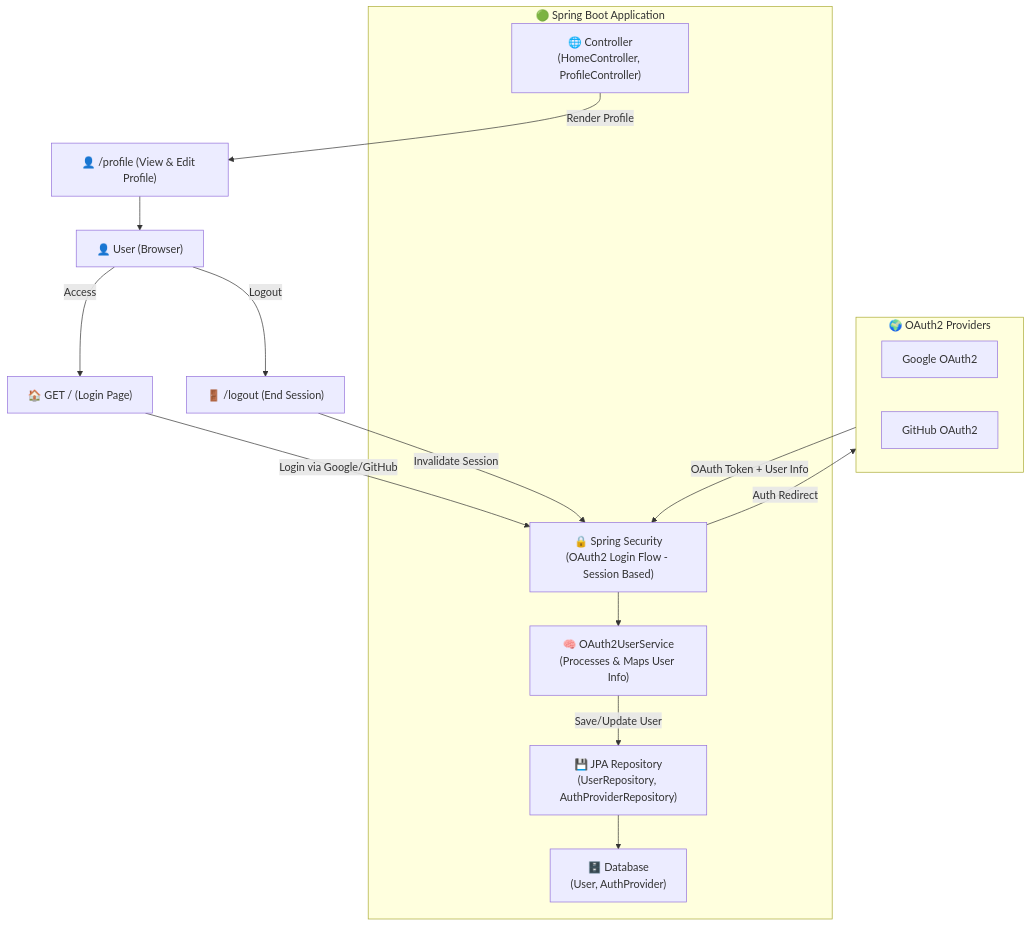
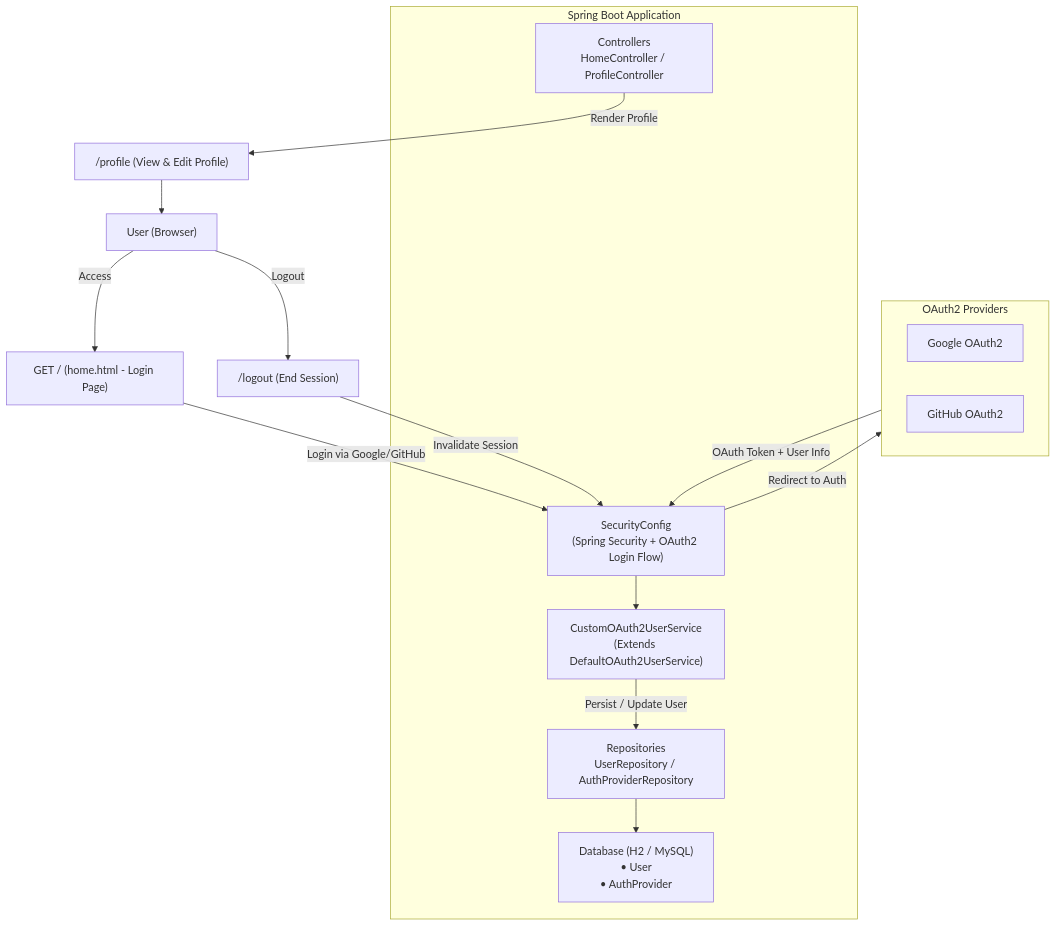
The diagram in README.md (moshiverse/OAuth2-Integration), drawn with Mermaid before and after one commit.

````diff
--- a/README.md
+++ b/README.md
@@ -159,37 +159,38 @@
 ```mermaid
 graph TB
+
 %% === CLIENT SIDE ===
-    User["👤 User (Browser)"]
-    Home["🏠 GET / (Login Page)"]
-    Profile["👤 /profile (View & Edit Profile)"]
-    Logout["🚪 /logout (End Session)"]
+    User["User (Browser)"]
+    Home["GET / (home.html - Login Page)"]
+    Profile["/profile (View & Edit Profile)"]
+    Logout["/logout (End Session)"]
 
 %% === SPRING BOOT APPLICATION ===
-    subgraph SpringBootApp["🟢 Spring Boot Application"]
-        Controller["🌐 Controller<br>(HomeController, ProfileController)"]
-        Security["🔒 Spring Security<br>(OAuth2 Login Flow - Session Based)"]
-        Service["🧠 OAuth2UserService<br>(Processes & Maps User Info)"]
-        Repository["💾 JPA Repository<br>(UserRepository, AuthProviderRepository)"]
-        DB["🗄️ Database<br>(User, AuthProvider)"]
+    subgraph SpringBootApp["Spring Boot Application"]
+        Controller["Controllers<br>HomeController / ProfileController"]
+        Security["SecurityConfig<br>(Spring Security + OAuth2 Login Flow)"]
+        CustomService["CustomOAuth2UserService<br>(Extends DefaultOAuth2UserService)"]
+        Repositories["Repositories<br>UserRepository / AuthProviderRepository"]
+        Database["Database (H2 / MySQL)<br>• User<br>• AuthProvider"]
     end
 
 %% === OAUTH2 PROVIDERS ===
-    subgraph Providers["🌍 OAuth2 Providers"]
+    subgraph Providers["OAuth2 Providers"]
         Google["Google OAuth2"]
         GitHub["GitHub OAuth2"]
     end
 
 %% === FLOW ===
     User -->|Access| Home
     Home -->|Login via Google/GitHub| Security
-    Security -->|Auth Redirect| Providers
+    Security -->|Redirect to Auth| Providers
     Providers -->|OAuth Token + User Info| Security
-    Security --> Service
-    Service -->|Save/Update User| Repository
-    Repository --> DB
+    Security --> CustomService
+    CustomService -->|Persist / Update User| Repositories
+    Repositories --> Database
     Controller -->|Render Profile| Profile
     Profile --> User
     User -->|Logout| Logout
     Logout -->|Invalidate Session| Security
 
 ```
````
